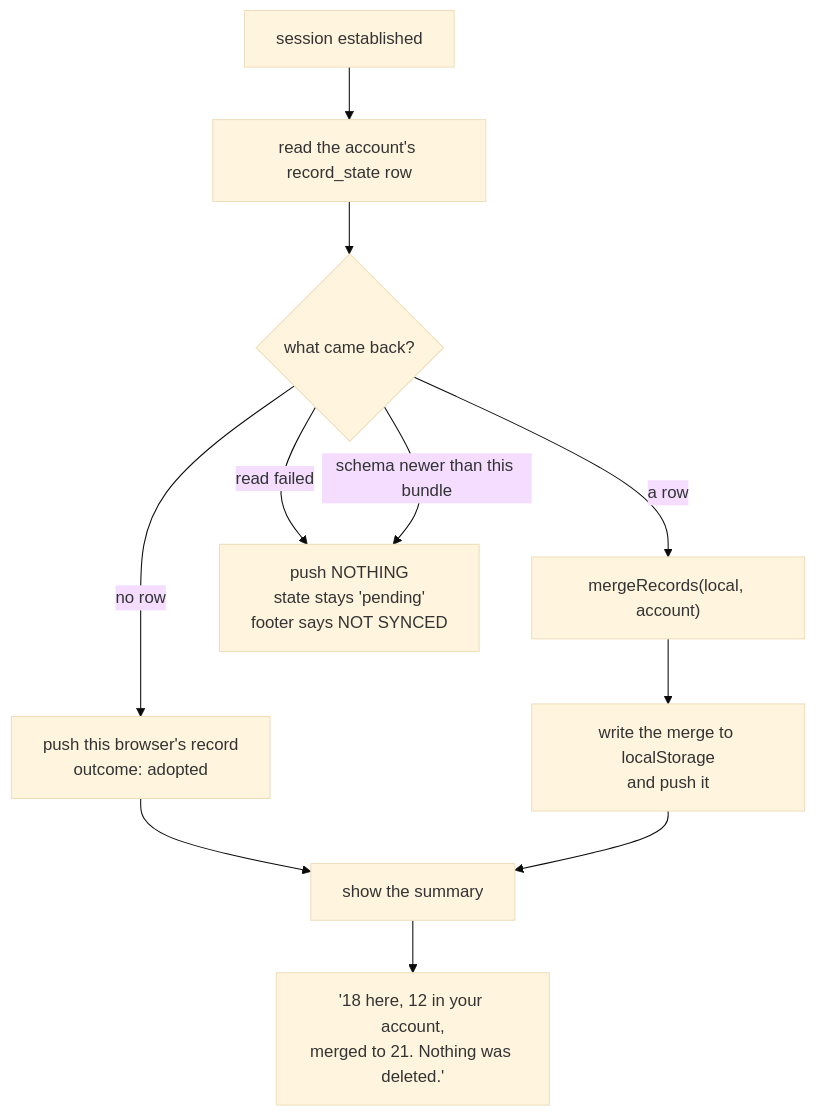
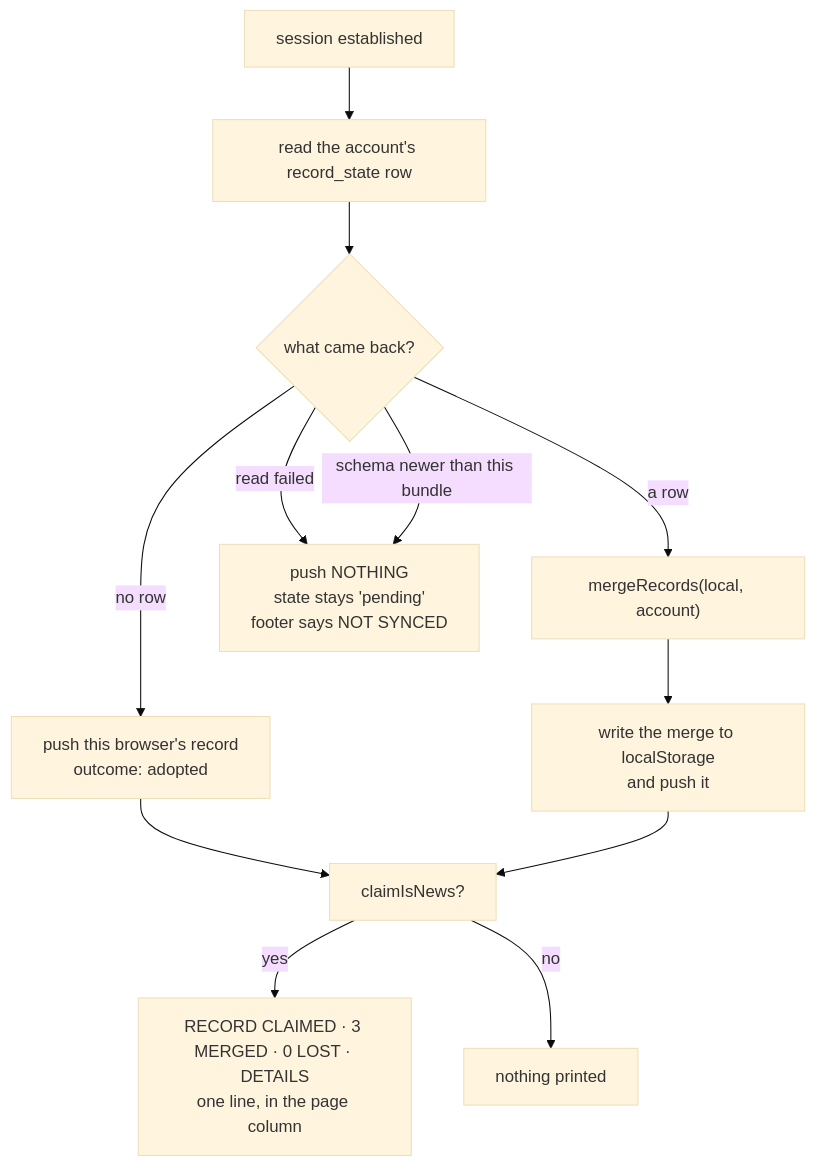
The sixth of 11 diagrams in docs/auth-flow.md (lokumai/ai-engineering-bazaar), drawn with Mermaid (base theme) before and after one commit. The commit also changed other lines of this file and 30 other files, not shown here.

First line of the commit message:
The claim receipt: news once, and a fold that keeps it (§17) (#13)

````diff
--- a/docs/auth-flow.md
+++ b/docs/auth-flow.md
@@ -175,15 +175,16 @@
 ```mermaid
 flowchart TD
     IN["session established"] --> READ["read the account's record_state row"]
     READ --> Q{"what came back?"}
 
     Q -->|"no row"| ADOPT["push this browser's record<br/>outcome: adopted"]
     Q -->|"a row"| MERGE["mergeRecords(local, account)"]
     Q -->|"read failed"| STUCK["push NOTHING<br/>state stays 'pending'<br/>footer says NOT SYNCED"]
     Q -->|"schema newer than this bundle"| STUCK
 
-    ADOPT --> TELL["show the summary"]
+    ADOPT --> TELL["claimIsNews?"]
     MERGE --> WRITE["write the merge to localStorage<br/>and push it"]
     WRITE --> TELL
-    TELL --> DONE["'18 here, 12 in your account,<br/>merged to 21. Nothing was deleted.'"]
+    TELL -->|"yes"| DONE["RECORD CLAIMED · 3 MERGED · 0 LOST · DETAILS<br/>one line, in the page column"]
+    TELL -->|"no"| QUIET["nothing printed"]
 ```
````
